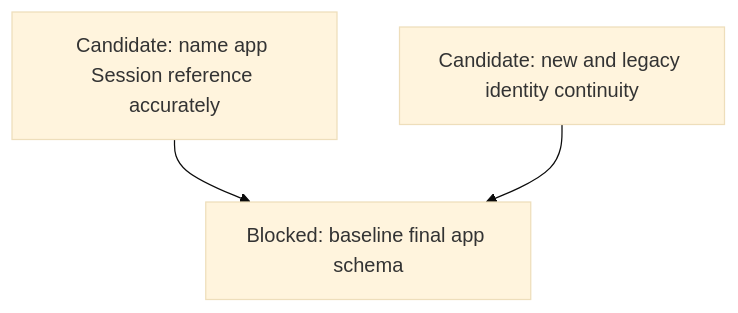
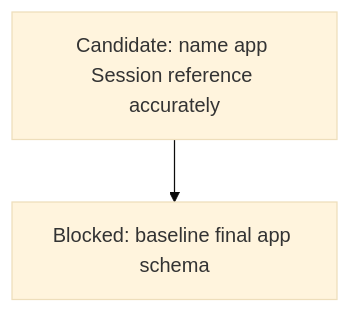
Before and after one commit to agentydragon-agent/ducktape: the first of 10 diagrams in agentplane/plans/task_dag.md, drawn with Mermaid (base theme). The commit also changed other lines of this file and 3 other files, not shown here.

````diff
--- a/agentplane/plans/task_dag.md
+++ b/agentplane/plans/task_dag.md
@@ -23,8 +23,6 @@
 ```mermaid
 flowchart TD
     APP_SESSION_SCHEMA_RENAME[Candidate: name app Session reference accurately]
-    THREAD_EVENT_CONTINUITY[Candidate: new and legacy identity continuity]
     APP_ALEMBIC_SQUASH[Blocked: baseline final app schema]
     APP_SESSION_SCHEMA_RENAME --> APP_ALEMBIC_SQUASH
-    THREAD_EVENT_CONTINUITY --> APP_ALEMBIC_SQUASH
 ```
````
